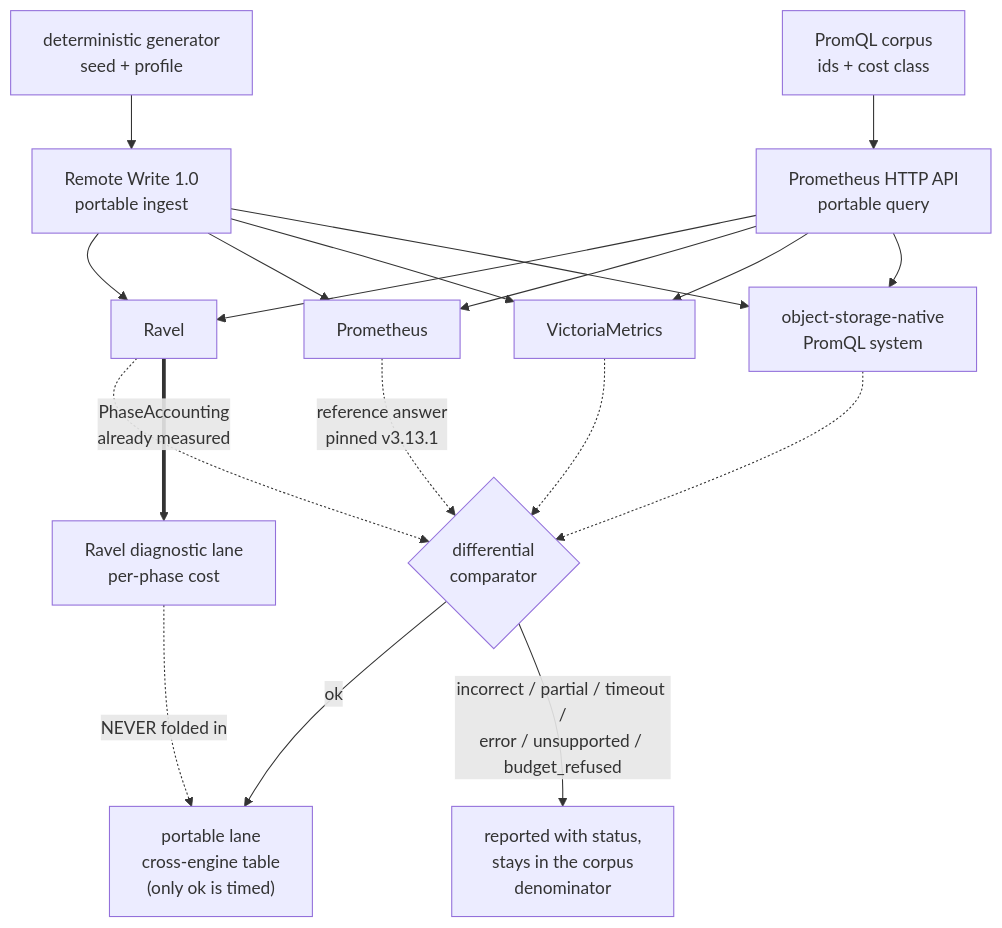
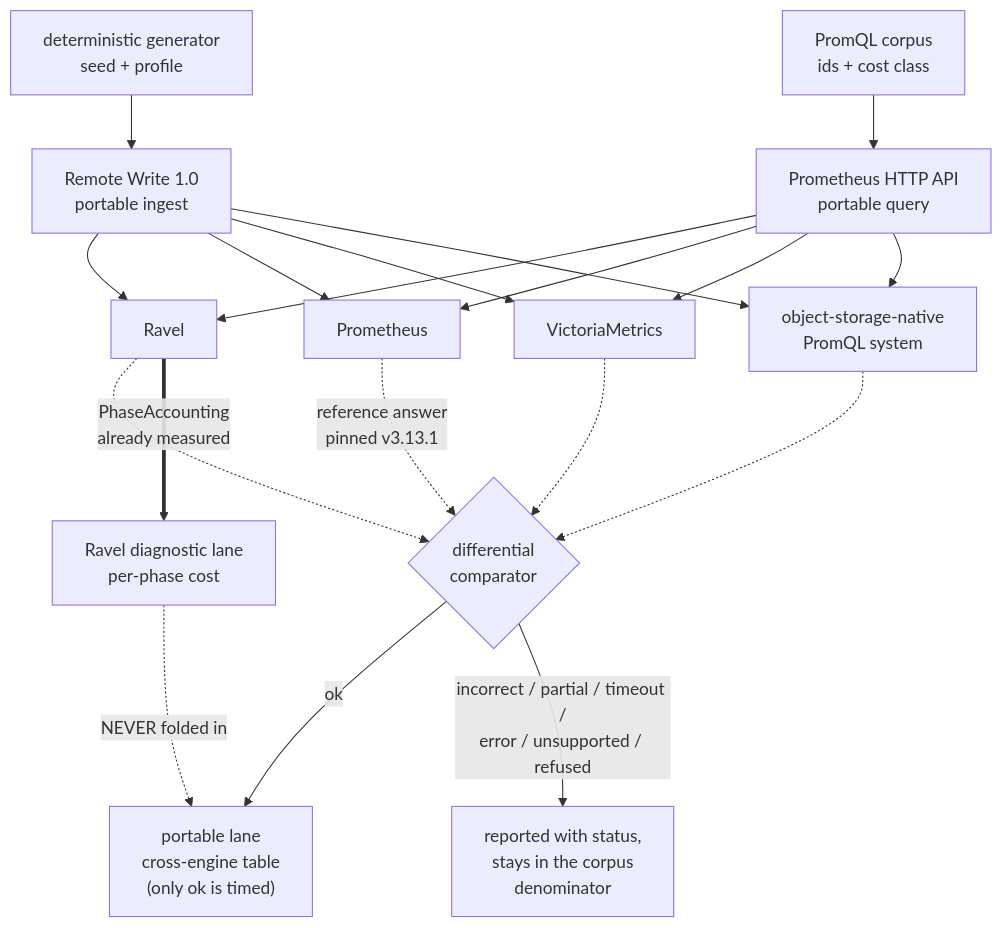
The diagram in docs/adrs/0927-metricsbench-benchmark-contract.md (NOFireAI/ravel), drawn with Mermaid before and after one commit. The commit also changed other lines of this file, not shown here.

First line of the commit message:
docs: fix three inconsistencies ADR-0927's own status table introduced

````diff
--- a/docs/adrs/0927-metricsbench-benchmark-contract.md
+++ b/docs/adrs/0927-metricsbench-benchmark-contract.md
@@ -307,24 +332,24 @@
 ```mermaid
 flowchart TB
   GEN["deterministic generator<br/>seed + profile"] --> RW["Remote Write 1.0<br/>portable ingest"]
   RW --> RAVEL["Ravel"]
   RW --> PROM["Prometheus"]
   RW --> VM["VictoriaMetrics"]
   RW --> OSN["object-storage-native<br/>PromQL system"]
 
   CORPUS["PromQL corpus<br/>ids + cost class"] --> HTTP["Prometheus HTTP API<br/>portable query"]
   HTTP --> RAVEL
   HTTP --> PROM
   HTTP --> VM
   HTTP --> OSN
 
   PROM -.->|"reference answer<br/>pinned v3.13.1"| ORACLE{"differential<br/>comparator"}
   RAVEL -.-> ORACLE
   VM -.-> ORACLE
   OSN -.-> ORACLE
   ORACLE -->|"ok"| SCORE["portable lane<br/>cross-engine table<br/>(only ok is timed)"]
-  ORACLE -->|"incorrect / partial / timeout /<br/>error / unsupported / budget_refused"| VISIBLE["reported with status,<br/>stays in the corpus<br/>denominator"]
+  ORACLE -->|"incorrect / partial / timeout /<br/>error / unsupported / refused"| VISIBLE["reported with status,<br/>stays in the corpus<br/>denominator"]
 
   RAVEL ==>|"PhaseAccounting<br/>already measured"| DIAG["Ravel diagnostic lane<br/>per-phase cost"]
   DIAG -.->|"NEVER folded in"| SCORE
 ```
````
